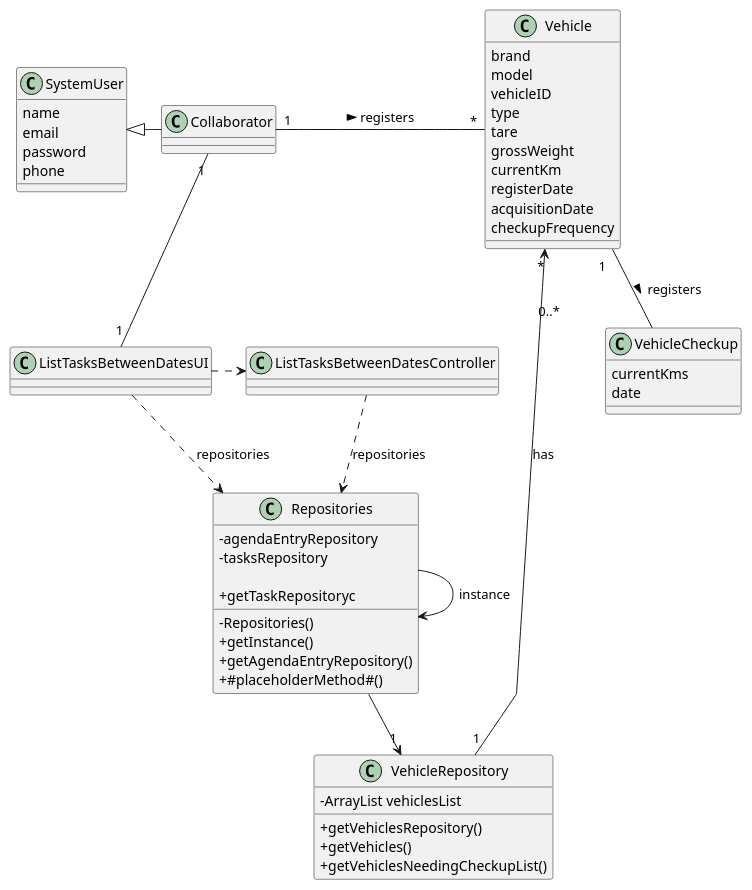
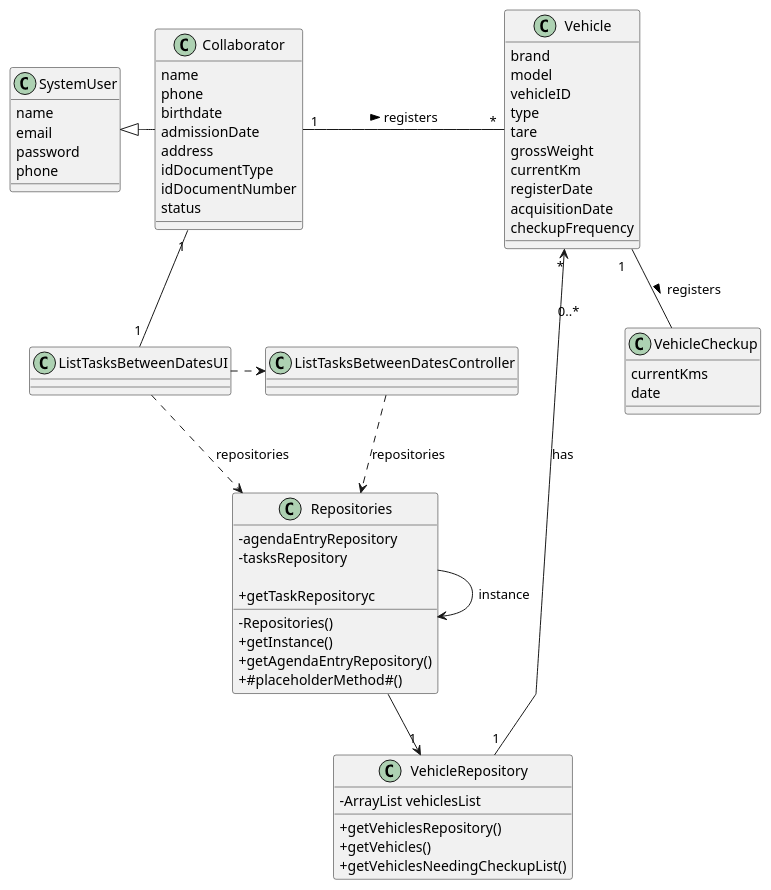
One commit to Departamento-de-Engenharia-Informatica/lei-24-s2-1do-g164 changed the diagram in docs/sprintC/us028/03.design/puml/us028-class-diagram.puml. Above: the diagram before and after it, drawn with PlantUML. The commit also changed 16 other files, not shown here.

```diff
--- a/docs/sprintC/us028/03.design/puml/us028-class-diagram.puml
+++ b/docs/sprintC/us028/03.design/puml/us028-class-diagram.puml
@@ -1,74 +1,85 @@
 @startuml
 skinparam classAttributeIconSize 0
-'skinparam monochrome true
 skinparam packageStyle rectangle
 skinparam shadowing false
 skinparam linetype polyline
-'skinparam linetype orto
 skinparam classAttributeIconSize 0
 
 class Vehicle {
         brand
         model
         vehicleID
         type
         tare
         grossWeight
         currentKm
         registerDate
         acquisitionDate
         checkupFrequency
 
 }
+
+class Collaborator {
+    name
+    phone
+    birthdate
+    admissionDate
+    address
+    idDocumentType
+    idDocumentNumber
+    status
+}
+
+
 
 class VehicleCheckup {
     currentKms
     date
 
 }
 
 
 class SystemUser {
     name
     email
     password
     phone
 }
 
 class VehicleRepository {
     - ArrayList vehiclesList
     + getVehiclesRepository()
     + getVehicles()
     + getVehiclesNeedingCheckupList()
 }
 
 
 class Repositories {
     - agendaEntryRepository
     - tasksRepository
 
     - Repositories()
     + getInstance()
     + getAgendaEntryRepository()
     + getTaskRepositoryc
     + #placeholderMethod#()
 }
 
 
 
 
 ListTasksBetweenDatesUI .> ListTasksBetweenDatesController
 
 
 Repositories -->"1" VehicleRepository
 Repositories -> Repositories : instance
 ListTasksBetweenDatesUI ..> Repositories : repositories
 Vehicle "*" <-- "1" VehicleRepository : has
 
 
 Collaborator "1" - "*" Vehicle : registers >
 Vehicle "1   " -- "0..*                        " VehicleCheckup : registers >
 SystemUser <|- Collaborator
 Collaborator "1" -- "1" ListTasksBetweenDatesUI
 ListTasksBetweenDatesController ..> Repositories : repositories
 @enduml
```
